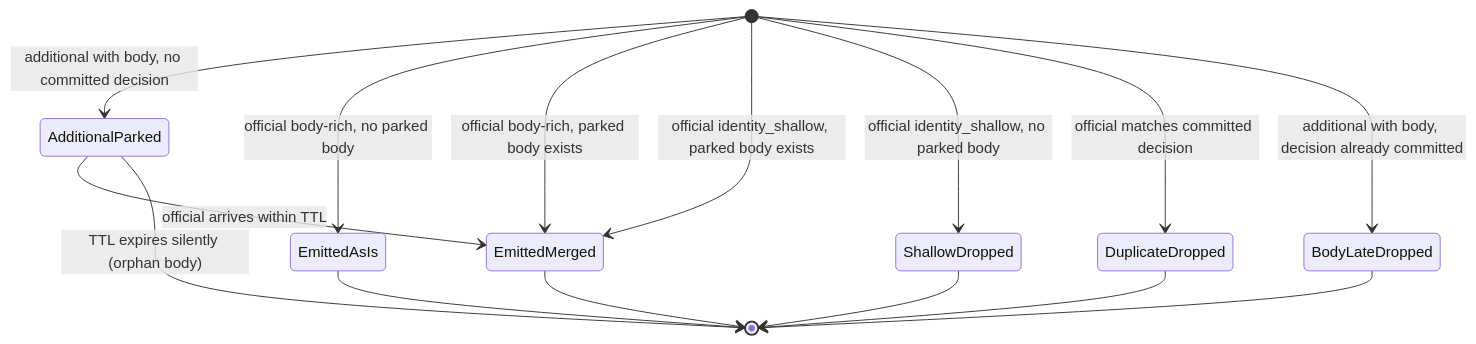
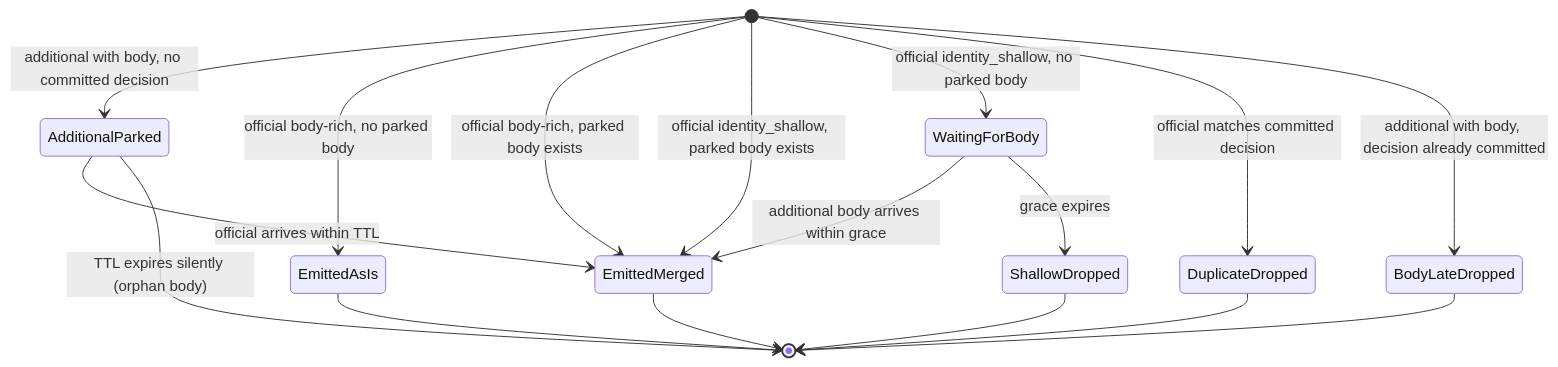
The seventh of 7 diagrams in docs/architecture.md (ConfigButler/gitops-reverser), drawn with Mermaid before and after one commit. The commit also changed other lines of this file and 13 other files, not shown here.

Commit message:
feat: support "offical_first" for situations where the offical kube-api audit events arrives slightly before the additional body event.

````diff
--- a/docs/architecture.md
+++ b/docs/architecture.md
@@ -609,19 +622,21 @@
 ```mermaid
 stateDiagram-v2
     [*] --> AdditionalParked: additional with body, no committed decision
     [*] --> EmittedAsIs: official body-rich, no parked body
     [*] --> EmittedMerged: official body-rich, parked body exists
     [*] --> EmittedMerged: official identity_shallow, parked body exists
-    [*] --> ShallowDropped: official identity_shallow, no parked body
+    [*] --> WaitingForBody: official identity_shallow, no parked body
+    WaitingForBody --> EmittedMerged: additional body arrives within grace
+    WaitingForBody --> ShallowDropped: grace expires
     [*] --> DuplicateDropped: official matches committed decision
     [*] --> BodyLateDropped: additional with body, decision already committed
 
     AdditionalParked --> EmittedMerged: official arrives within TTL
     AdditionalParked --> [*]: TTL expires silently (orphan body)
 
     EmittedAsIs --> [*]
     EmittedMerged --> [*]
     ShallowDropped --> [*]
     DuplicateDropped --> [*]
     BodyLateDropped --> [*]
 ```
````
